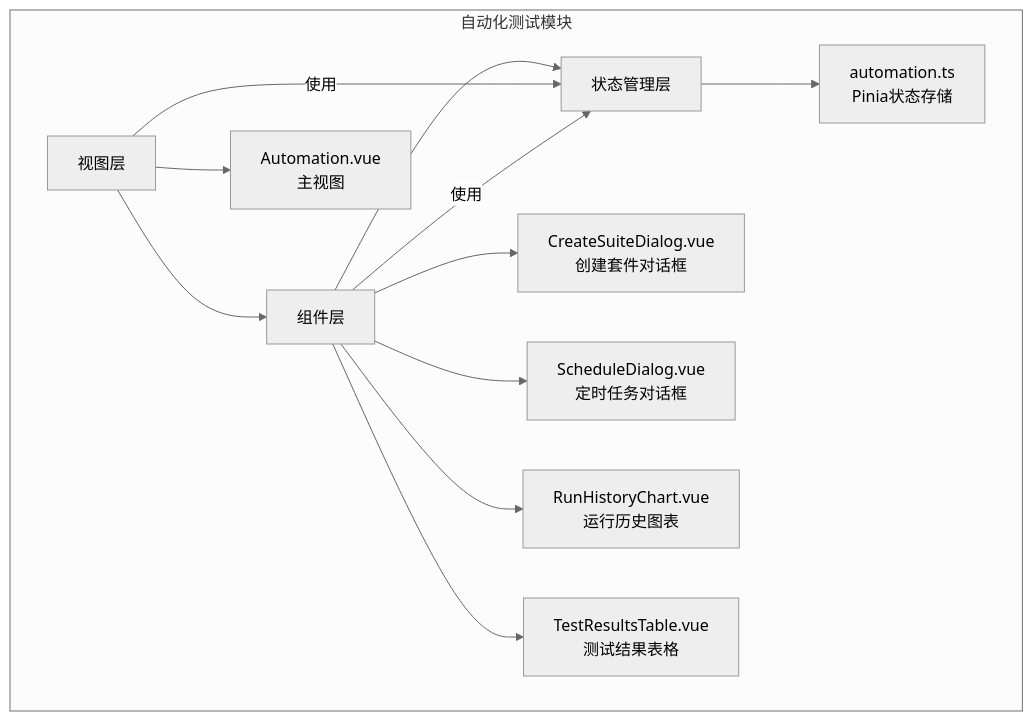
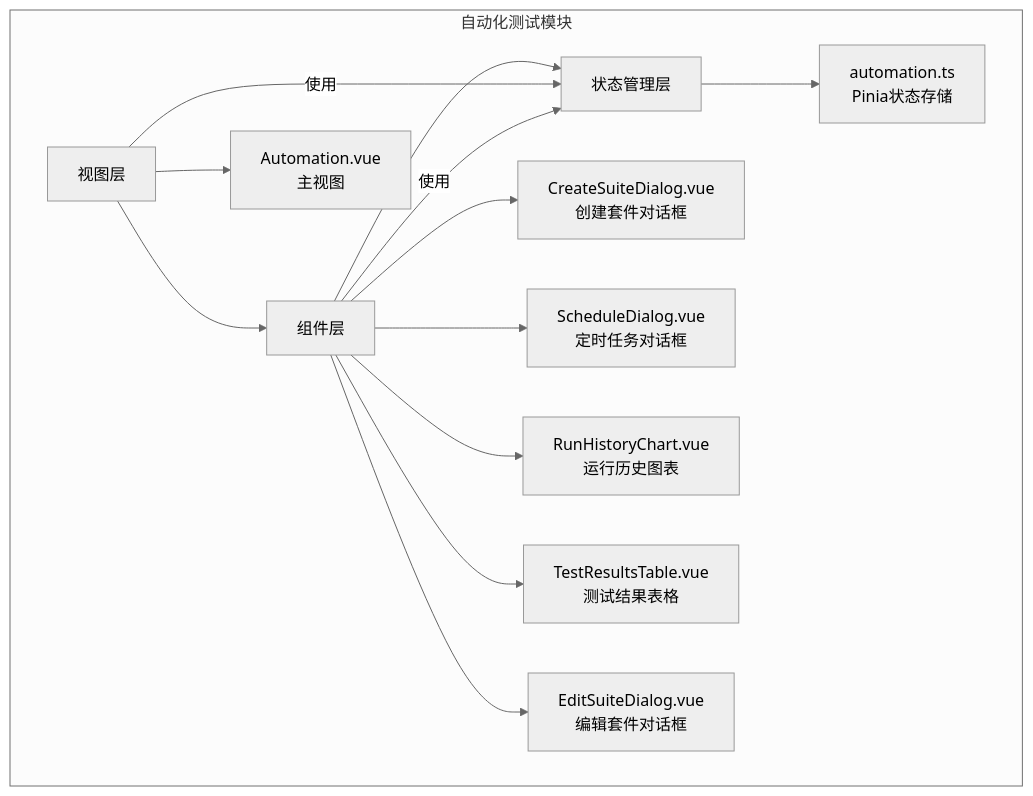
The first of 7 diagrams in .qoder/repowiki/zh/content/核心功能/自动化测试.md (Mr6pets/onlineInterfaceDebugTool), drawn with Mermaid (neutral theme) before and after one commit. The commit also changed other lines of this file and 9 other files, not shown here.

````diff
--- a/.qoder/repowiki/zh/content/核心功能/自动化测试.md
+++ b/.qoder/repowiki/zh/content/核心功能/自动化测试.md
@@ -30,15 +38,16 @@
 ```mermaid
 graph TB
 subgraph "自动化测试模块"
 A[视图层] --> B[组件层]
 B --> C[状态管理层]
 A --> |使用| C
 B --> |使用| C
 A --> D["Automation.vue<br>主视图"]
 B --> E["CreateSuiteDialog.vue<br>创建套件对话框"]
 B --> F["ScheduleDialog.vue<br>定时任务对话框"]
 B --> G["RunHistoryChart.vue<br>运行历史图表"]
 B --> H["TestResultsTable.vue<br>测试结果表格"]
-C --> I["automation.ts<br>Pinia状态存储"]
+B --> I["EditSuiteDialog.vue<br>编辑套件对话框"]
+C --> J["automation.ts<br>Pinia状态存储"]
 end
 ```
````
